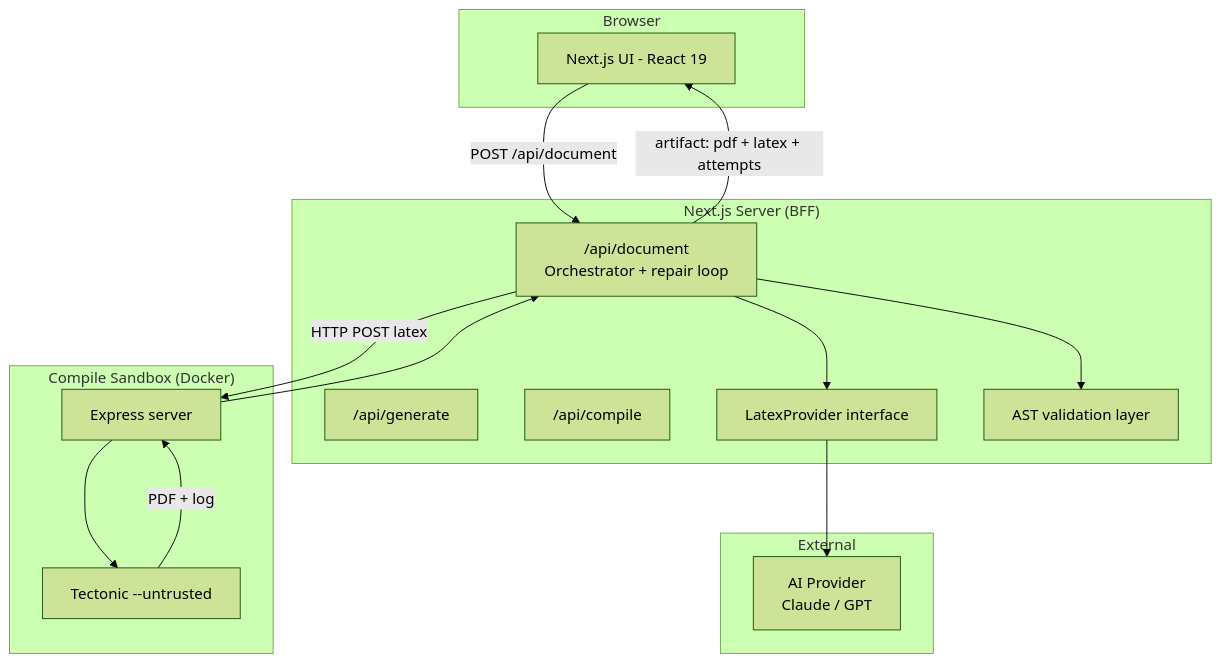
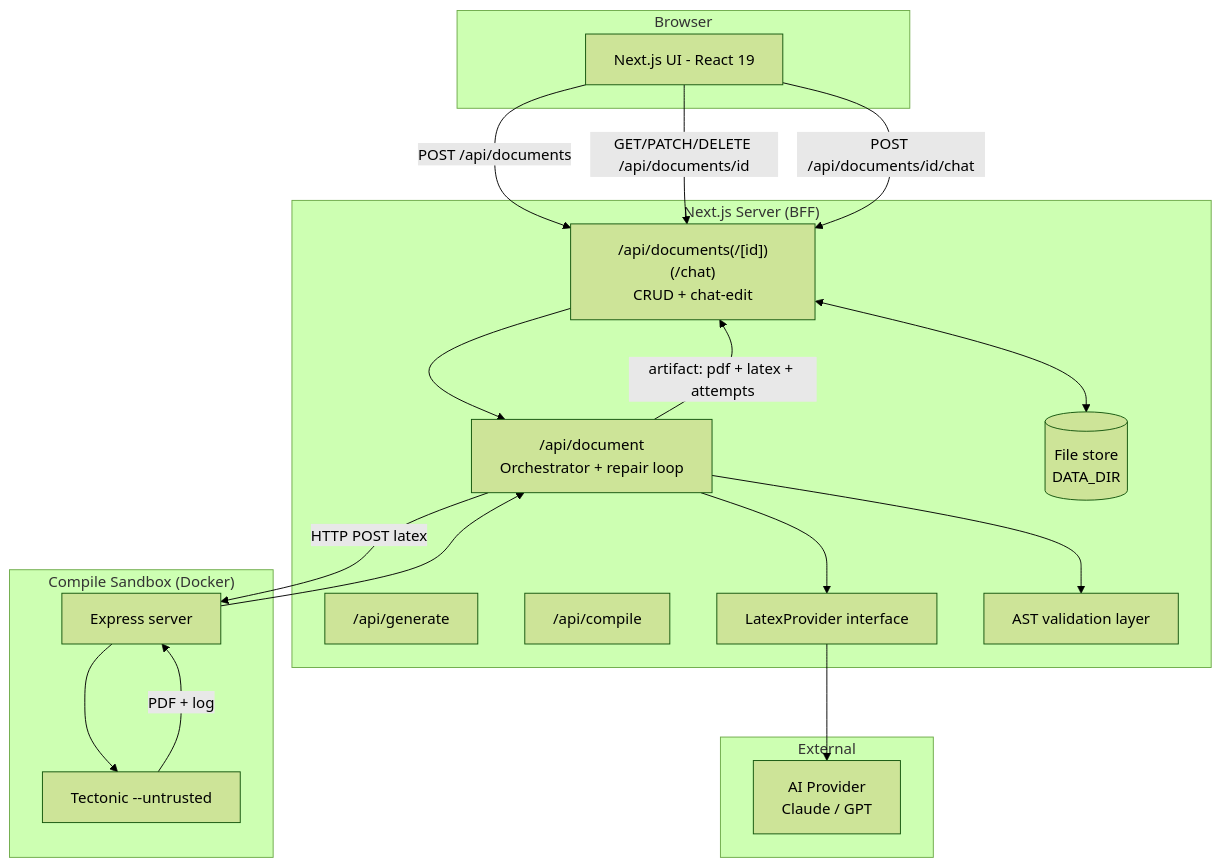
The second of 4 diagrams in docs/03-architecture.md (duonghoang231203/ai-latex-generator), drawn with Mermaid (forest theme) before and after one commit. The commit also changed other lines of this file and 44 other files, not shown here.

Commit message:
Add file-based storage and CRUD functionality for documents in AI LaTeX Generator project

````diff
--- a/docs/03-architecture.md
+++ b/docs/03-architecture.md
@@ -57,26 +57,32 @@
 ```mermaid
 flowchart TB
     subgraph Browser
         UI[Next.js UI - React 19]
     end
     subgraph "Next.js Server (BFF)"
         DOC["/api/document<br/>Orchestrator + repair loop"]
+        DOCS["/api/documents(/[id])(/chat)<br/>CRUD + chat-edit"]
         GEN["/api/generate"]
         CMP["/api/compile"]
         AIIF[LatexProvider interface]
         ASTV[AST validation layer]
+        STORE[(File store<br/>DATA_DIR)]
     end
     subgraph External
         AISVC[AI Provider<br/>Claude / GPT]
     end
     subgraph "Compile Sandbox (Docker)"
         EXP[Express server]
         TEC["Tectonic --untrusted"]
     end
-    UI -->|POST /api/document| DOC
+    UI -->|POST /api/documents| DOCS
+    UI -->|GET/PATCH/DELETE /api/documents/id| DOCS
+    UI -->|POST /api/documents/id/chat| DOCS
+    DOCS --> DOC
+    DOCS <--> STORE
     DOC --> AIIF --> AISVC
     DOC --> ASTV
     DOC -->|HTTP POST latex| EXP --> TEC
     TEC -->|PDF + log| EXP --> DOC
-    DOC -->|artifact: pdf + latex + attempts| UI
+    DOC -->|artifact: pdf + latex + attempts| DOCS
 ```
````
